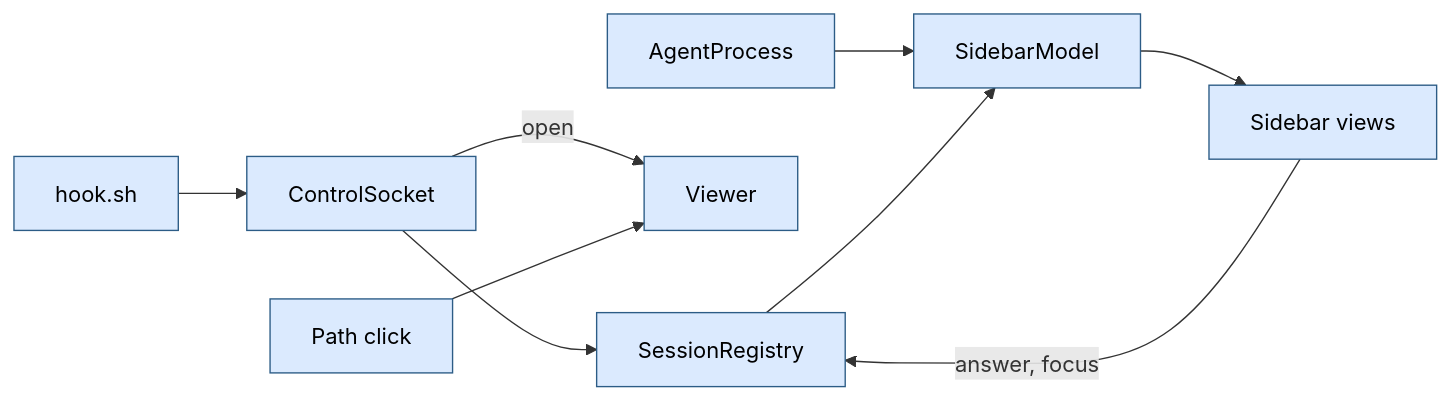
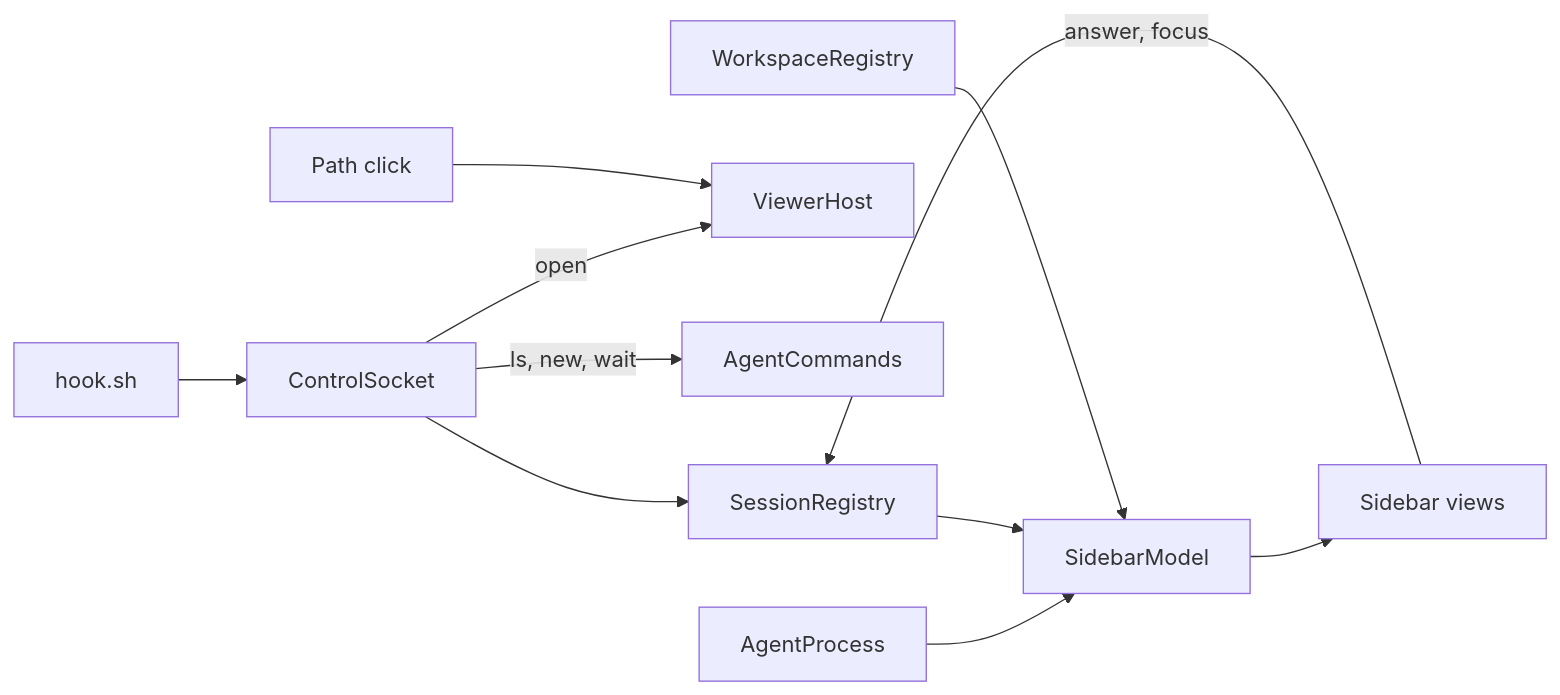
Before and after one commit to daniil4545/tarn: the second of 3 diagrams in docs/architecture.md, drawn with Mermaid. The commit also changed other lines of this file and 28 other files, not shown here.

First line of the commit message:
docs: fold module documents and feature specs into docs/spec/ and architecture.md (T-546) (#200)

````diff
--- a/docs/architecture.md
+++ b/docs/architecture.md
@@ -45,13 +22,13 @@
 ```mermaid
 flowchart LR
   hook["hook.sh"] --> sock["ControlSocket"]
   sock --> reg["SessionRegistry"]
-  sock -->|"open"| viewer["Viewer"]
+  sock -->|"open"| viewer["ViewerHost"]
+  sock -->|"ls, new, wait"| cmds["AgentCommands"]
   proc["AgentProcess"] --> model["SidebarModel"]
   reg --> model
+  wsr["WorkspaceRegistry"] --> model
   model --> views["Sidebar views"]
   views -->|"answer, focus"| reg
   pclick["Path click"] --> viewer
-  classDef ours fill:#dbeafe,stroke:#2c5c86,color:#000
-  class hook,sock,reg,proc,model,views,viewer,pclick ours
 ```
````
